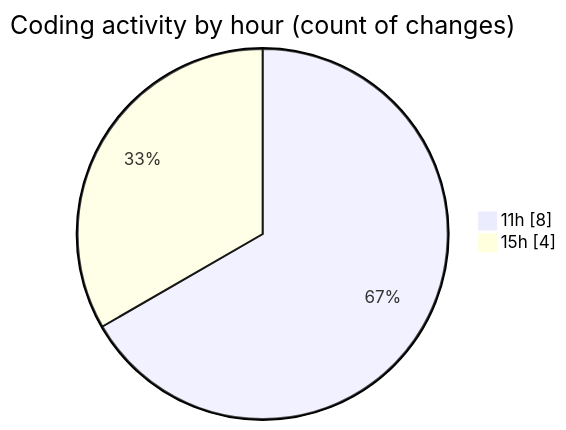
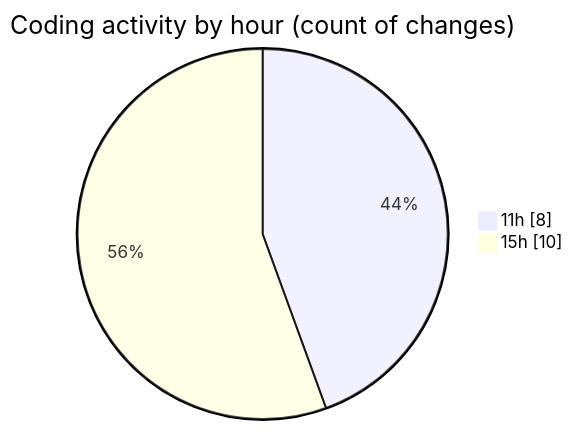
The second of 2 diagrams in 2026-05-06/nxtqube_webapp/README.md (nxtqubesakshisongat/code-tracking), drawn with Mermaid before and after one commit. The commit also changed other lines of this file and 1 other file, not shown here.

````diff
--- a/2026-05-06/nxtqube_webapp/README.md
+++ b/2026-05-06/nxtqube_webapp/README.md
@@ -29,6 +29,6 @@
 ```mermaid
 pie showData
 title Coding activity by hour (count of changes)
 "11h" : 8
-"15h" : 4
+"15h" : 10
 ```
````
